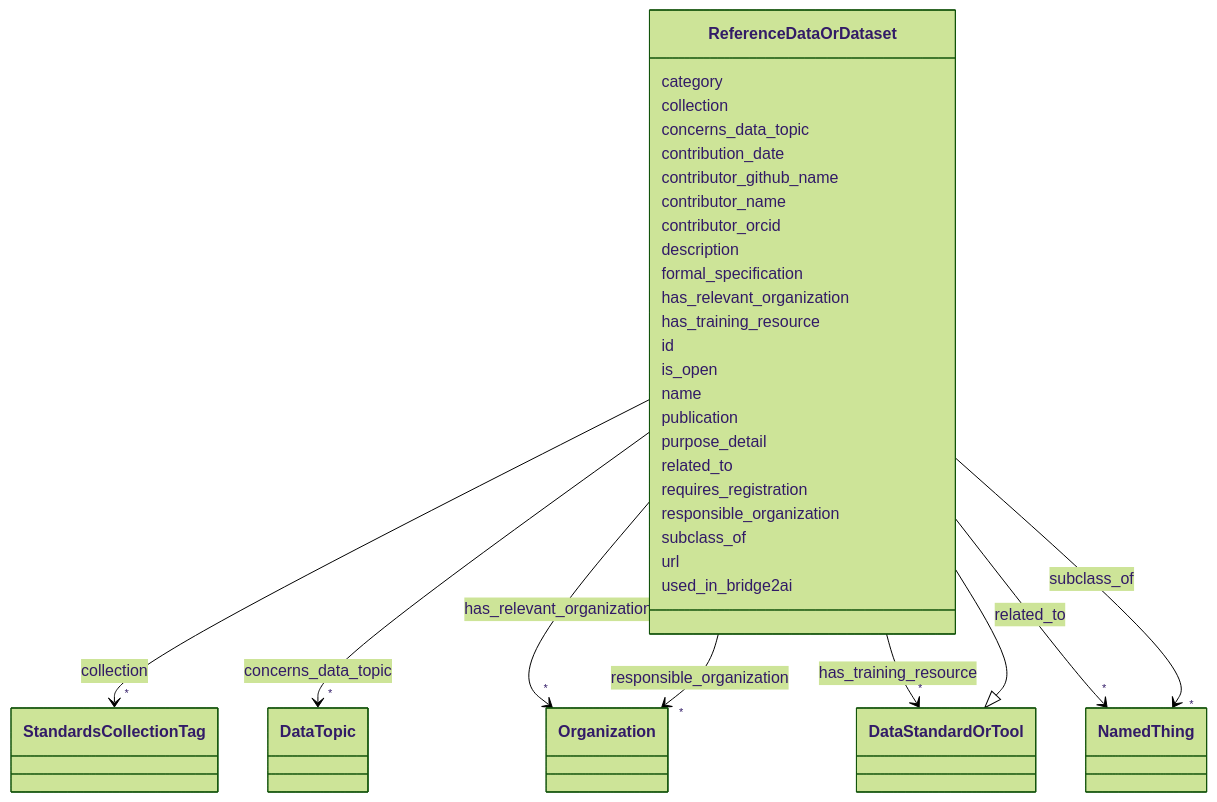
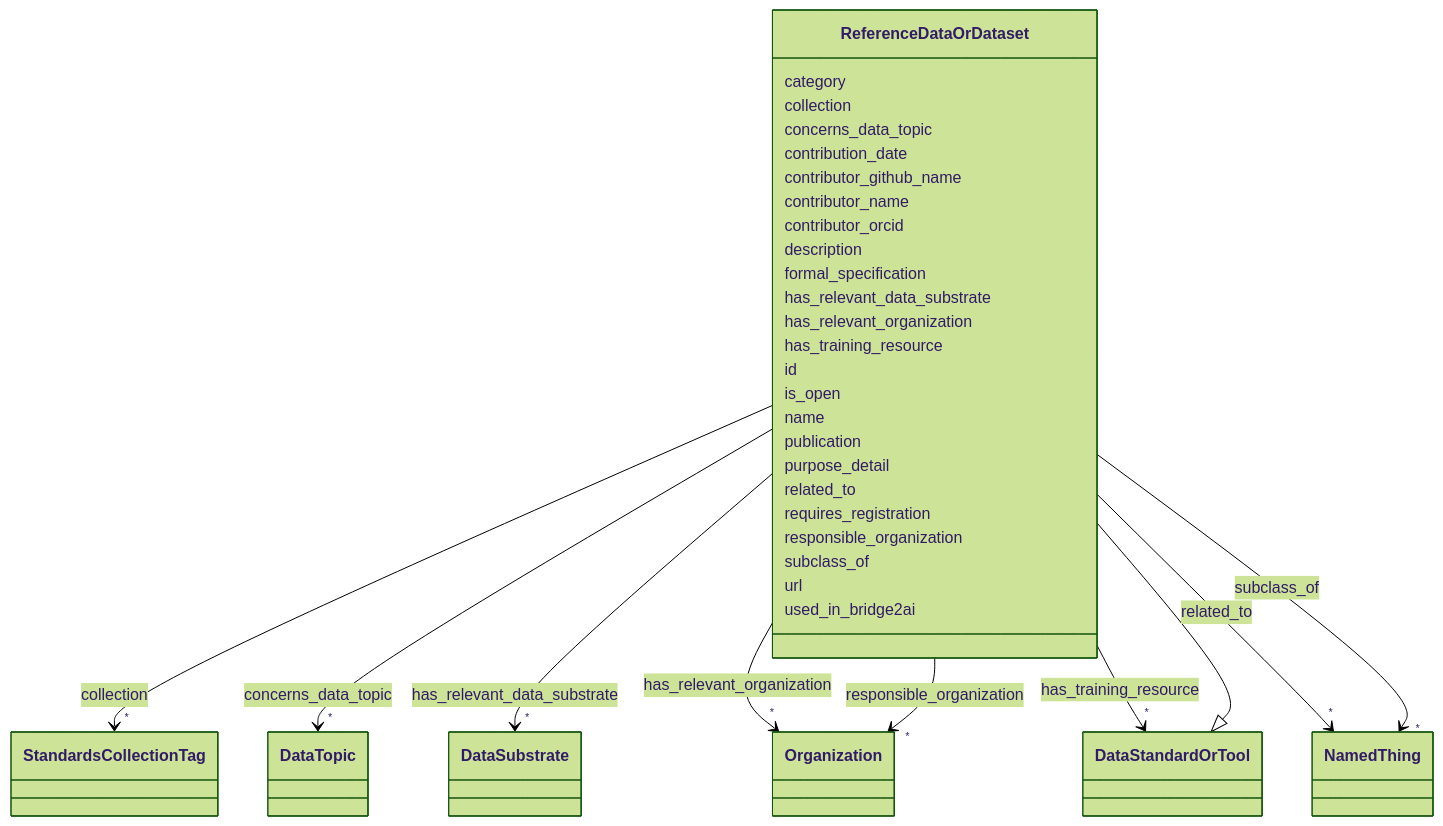
Before and after one commit to bridge2ai/standards-schemas: the diagram in docs/ReferenceDataOrDataset.md, drawn with Mermaid (forest theme). The commit also changed other lines of this file and 38 other files, not shown here.

Commit message:
Update schema artifacts

```diff
--- a/docs/ReferenceDataOrDataset.md
+++ b/docs/ReferenceDataOrDataset.md
@@ -58,6 +58,17 @@
       ReferenceDataOrDataset : description
         
       ReferenceDataOrDataset : formal_specification
+        
+      ReferenceDataOrDataset : has_relevant_data_substrate
+        
+          
+    
+        
+        
+        ReferenceDataOrDataset --> "*" DataSubstrate : has_relevant_data_substrate
+        click DataSubstrate href "../DataSubstrate"
+    
+
         
       ReferenceDataOrDataset : has_relevant_organization
         
```
